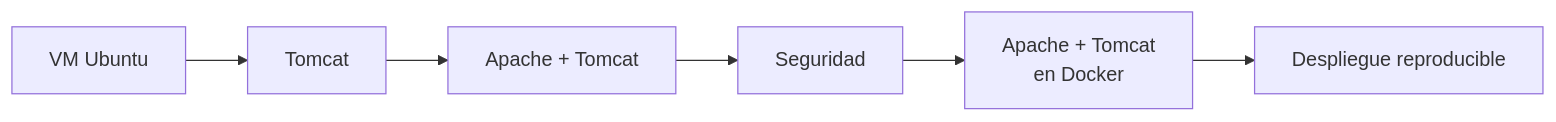
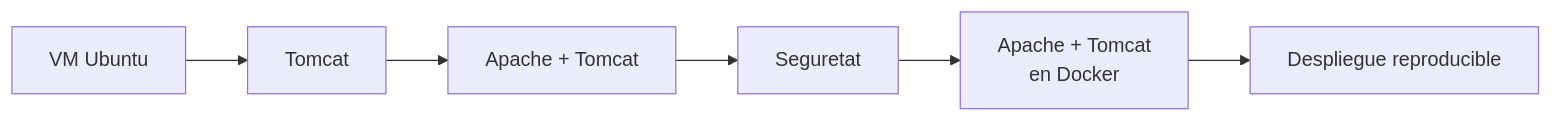
One commit to jordicido/jordicina changed the tenth of 12 diagrams in docs/daw-daw/up3/09-virtualizacion-contenedores-nube.md. Above: the diagram before and after it, drawn with Mermaid. The commit also changed other lines of this file and 10 other files, not shown here.

````diff
--- a/docs/daw-daw/up3/09-virtualizacion-contenedores-nube.md
+++ b/docs/daw-daw/up3/09-virtualizacion-contenedores-nube.md
@@ -527,8 +527,8 @@
 ```mermaid
 flowchart LR
     A["VM Ubuntu"] --> B["Tomcat"]
     B --> C["Apache + Tomcat"]
-    C --> D["Seguridad"]
+    C --> D["Seguretat"]
     D --> E["Apache + Tomcat<br/>en Docker"]
     E --> F["Despliegue reproducible"]
 ```
````
